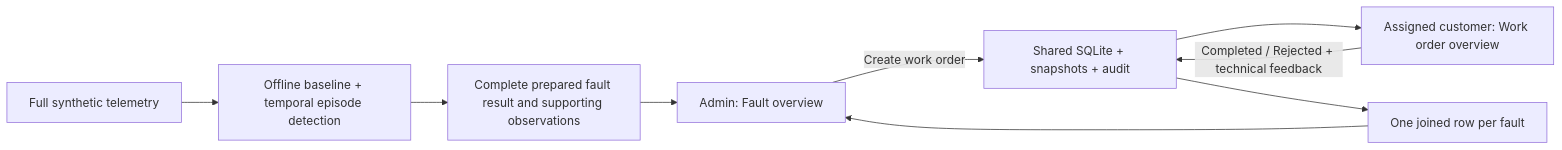
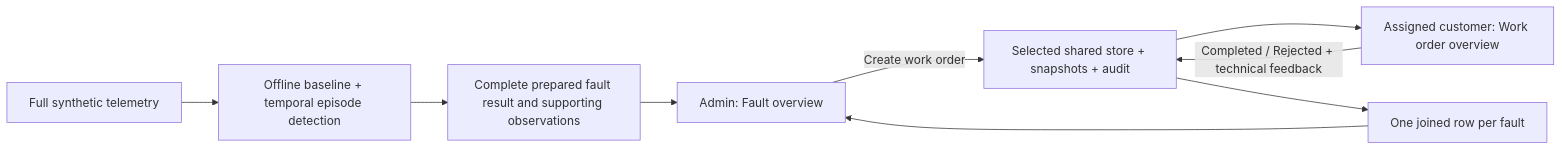
One commit to Enamul22/FleetCare-PredictiveMaintenance changed the diagram in README.md. Above: the diagram before and after it, drawn with Mermaid. The commit also changed other lines of this file and 24 other files, not shown here.

````diff
--- a/README.md
+++ b/README.md
@@ -151,11 +163,11 @@
 ```mermaid
 flowchart LR
   Full[Full synthetic telemetry] --> Pipeline[Offline baseline + temporal episode detection]
   Pipeline --> Faults[Complete prepared fault result and supporting observations]
   Faults --> Admin[Admin: Fault overview]
-  Admin -->|Create work order| Store[Shared SQLite + snapshots + audit]
+  Admin -->|Create work order| Store[Selected shared store + snapshots + audit]
   Store --> Customer[Assigned customer: Work order overview]
   Customer -->|Completed / Rejected + technical feedback| Store
   Store --> Joined[One joined row per fault]
   Joined --> Admin
 ```
````
